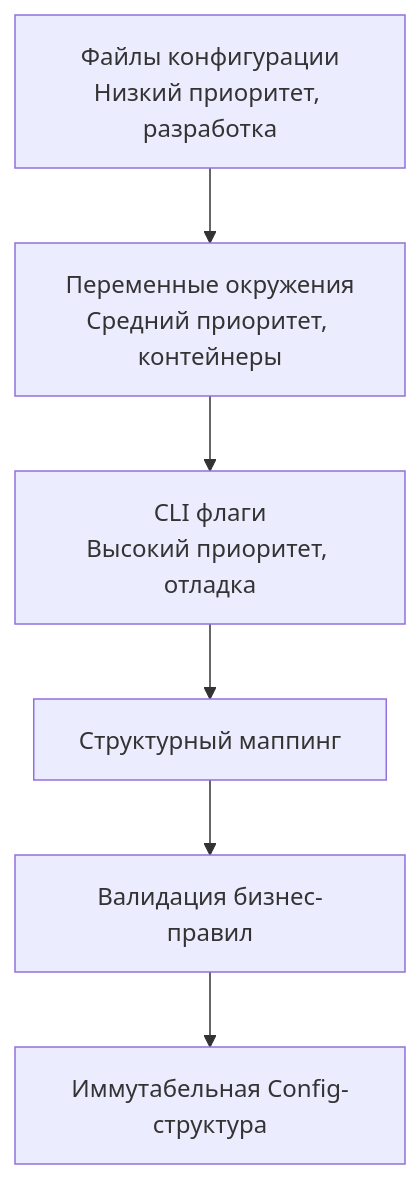
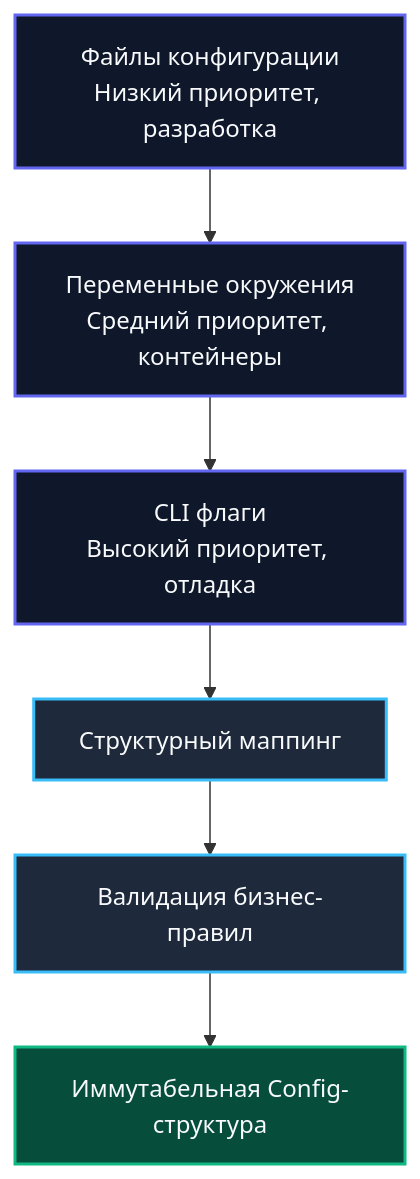
The diagram in sources/9. Бэкенд на Go (Практика разработки)/12. ENV, flags и config файлы.md (UnrealTemplier/go-textbook), drawn with Mermaid before and after one commit. The commit also changed other lines of this file, not shown here.

````diff
--- a/sources/9. Бэкенд на Go (Практика разработки)/12. ENV, flags и config файлы.md
+++ b/sources/9. Бэкенд на Go (Практика разработки)/12. ENV, flags и config файлы.md
@@ -5,8 +5,15 @@
 ```mermaid
 graph TD
     A["Файлы конфигурации<br>Низкий приоритет, разработка"] --> B["Переменные окружения<br>Средний приоритет, контейнеры"]
     B --> C["CLI флаги<br>Высокий приоритет, отладка"]
     C --> D["Структурный маппинг"]
     D --> E["Валидация бизнес-правил"]
     E --> F["Иммутабельная Config-структура"]
+
+    classDef src fill:#0f172a,stroke:#6366f1,stroke-width:2px,color:#f8fafc;
+    classDef map fill:#1e293b,stroke:#38bdf8,stroke-width:2px,color:#f8fafc;
+    classDef out fill:#064e3b,stroke:#10b981,stroke-width:2px,color:#f8fafc;
+    class A,B,C src;
+    class D,E map;
+    class F out;
 ```
````
